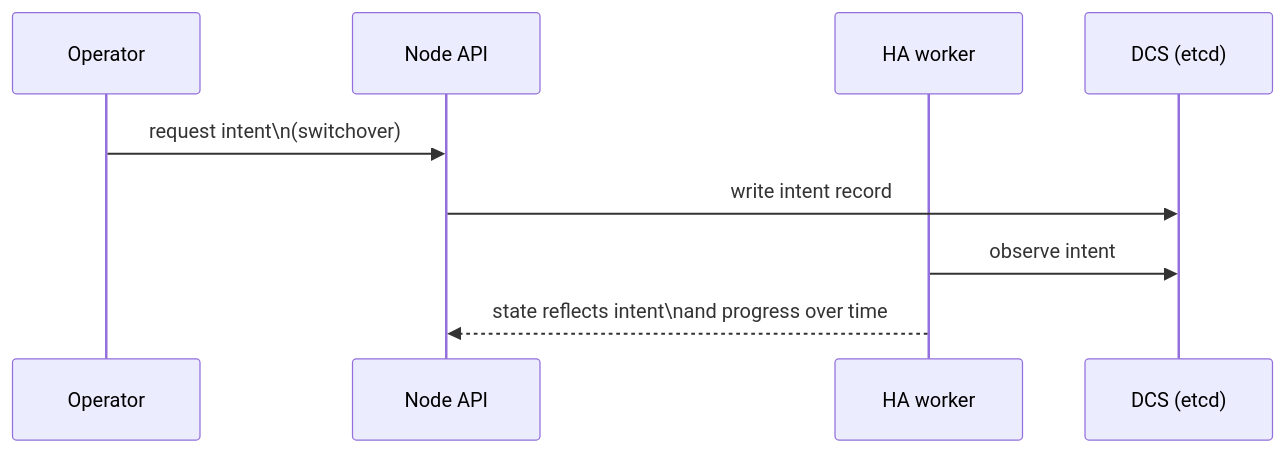
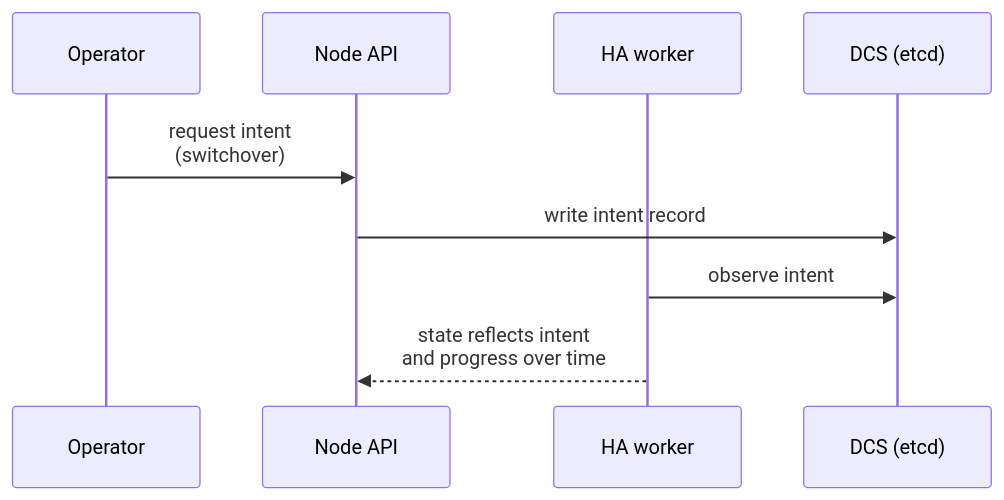
The diagram in docs/src/interfaces/node-api.md (djosh34/pgtuskmaster_rust), drawn with Mermaid before and after one commit. The commit also changed 9 other files, not shown here.

Commit message:
docs: use <br/> in mermaid labels and lint against \n

````diff
--- a/docs/src/interfaces/node-api.md
+++ b/docs/src/interfaces/node-api.md
@@ -20,12 +20,12 @@
 ```mermaid
 sequenceDiagram
   participant Op as Operator
   participant API as Node API
   participant HA as HA worker
   participant ETCD as DCS (etcd)
 
-  Op->>API: request intent\n(switchover)
+  Op->>API: request intent<br/>(switchover)
   API->>ETCD: write intent record
   HA->>ETCD: observe intent
-  HA-->>API: state reflects intent\nand progress over time
+  HA-->>API: state reflects intent<br/>and progress over time
 ```
````
